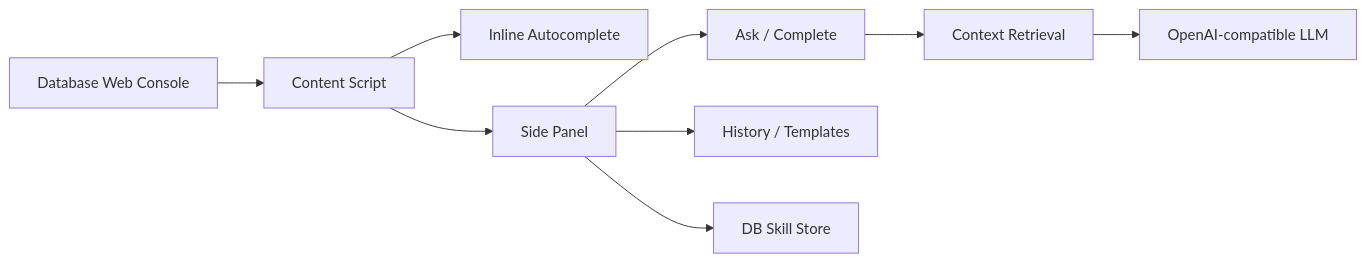
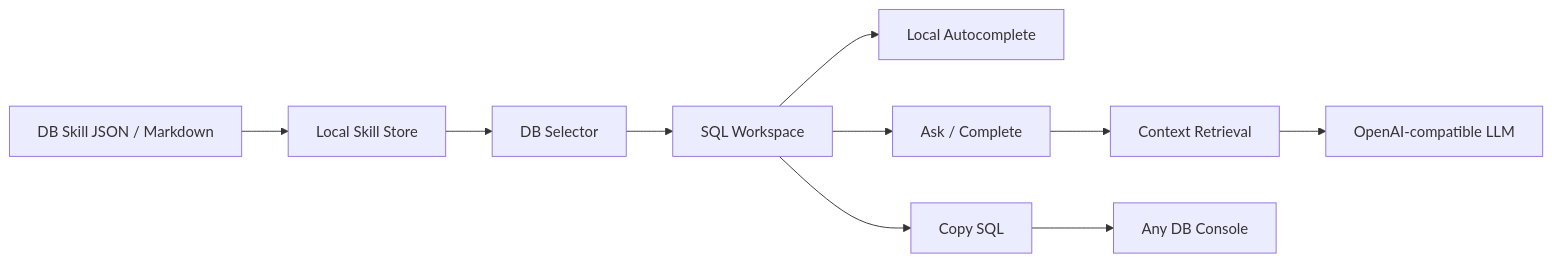
One commit to SUT-GC/sql-copilot changed the diagram in README.md. Above: the diagram before and after it, drawn with Mermaid. The commit also changed other lines of this file and 14 other files, not shown here.

Commit message:
Refactor extension into SQL workspace

````diff
--- a/README.md
+++ b/README.md
@@ -21,11 +22,12 @@
 ```mermaid
 flowchart LR
-  A["Database Web Console"] --> B["Content Script"]
-  B --> C["Inline Autocomplete"]
-  B --> D["Side Panel"]
-  D --> E["Ask / Complete"]
-  D --> F["History / Templates"]
-  D --> G["DB Skill Store"]
-  E --> H["Context Retrieval"]
-  H --> I["OpenAI-compatible LLM"]
+  A["DB Skill JSON / Markdown"] --> B["Local Skill Store"]
+  B --> C["DB Selector"]
+  C --> D["SQL Workspace"]
+  D --> E["Local Autocomplete"]
+  D --> F["Ask / Complete"]
+  F --> G["Context Retrieval"]
+  G --> H["OpenAI-compatible LLM"]
+  D --> I["Copy SQL"]
+  I --> J["Any DB Console"]
 ```
````
